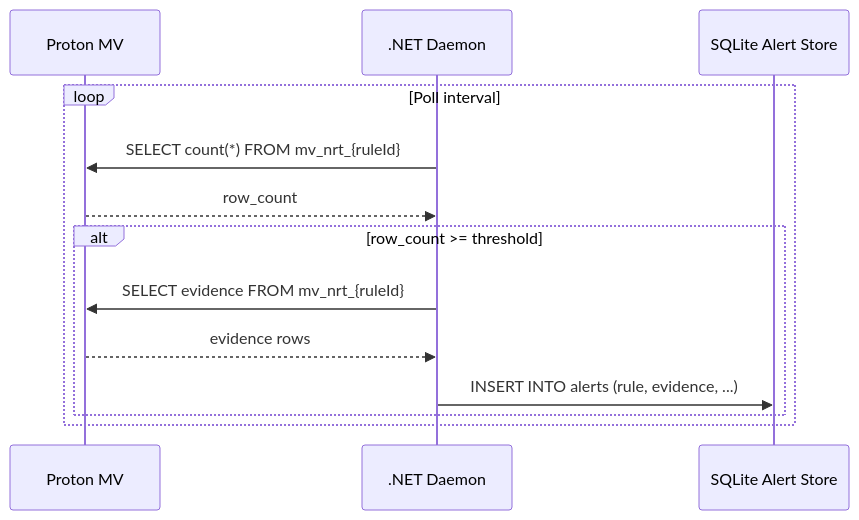
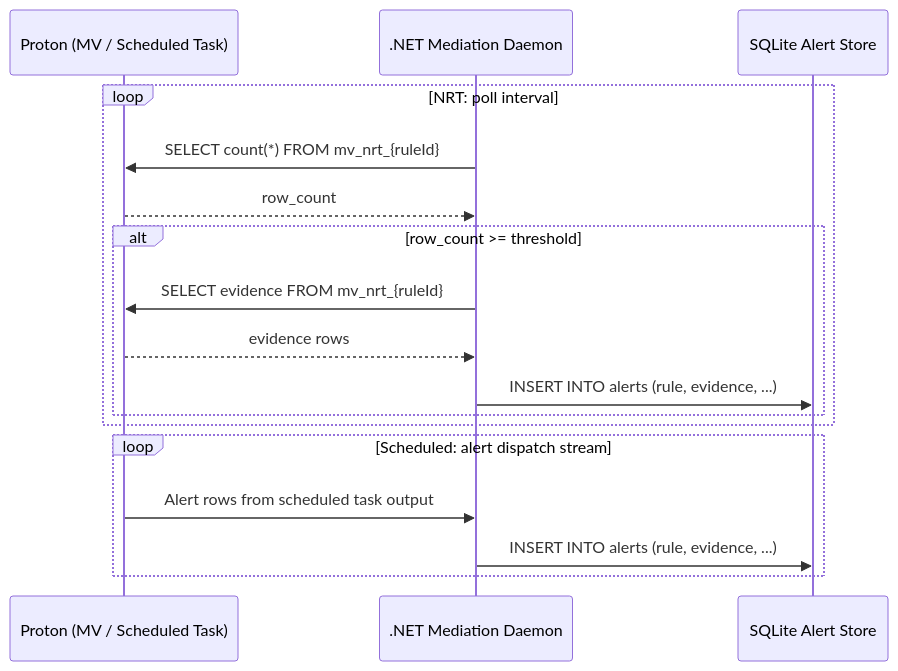
One commit to DeltaZulu-OU/DeltaZulu.Platform changed the fourth of 5 diagrams in docs/ARCHITECTURE.md. Above: the diagram before and after it, drawn with Mermaid. The commit also changed other lines of this file, not shown here.

Commit message:
Establish DuckDB/Proton engine separation in architecture

````diff
--- a/docs/ARCHITECTURE.md
+++ b/docs/ARCHITECTURE.md
@@ -417,16 +477,21 @@
 ```mermaid
 sequenceDiagram
-    participant P as Proton MV
-    participant D as .NET Daemon
+    participant P as Proton (MV / Scheduled Task)
+    participant D as .NET Mediation Daemon
     participant S as SQLite Alert Store
 
-    loop Poll interval
+    loop NRT: poll interval
         D->>P: SELECT count(*) FROM mv_nrt_{ruleId}
         P-->>D: row_count
         alt row_count >= threshold
             D->>P: SELECT evidence FROM mv_nrt_{ruleId}
             P-->>D: evidence rows
             D->>S: INSERT INTO alerts (rule, evidence, ...)
         end
     end
+
+    loop Scheduled: alert dispatch stream
+        P->>D: Alert rows from scheduled task output
+        D->>S: INSERT INTO alerts (rule, evidence, ...)
+    end
 ```
````
